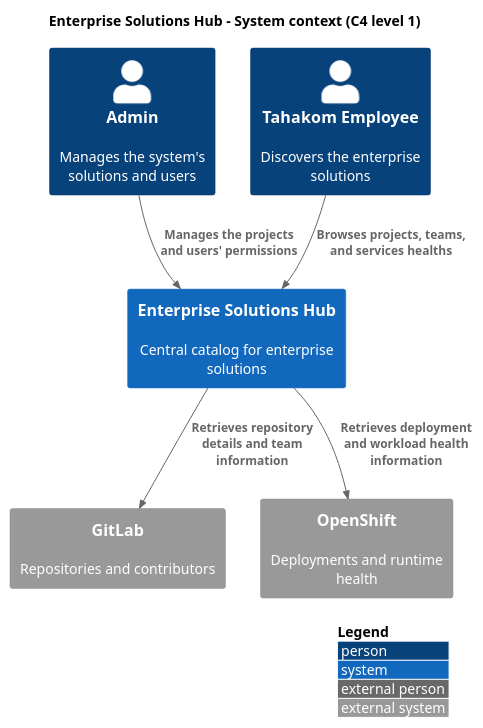
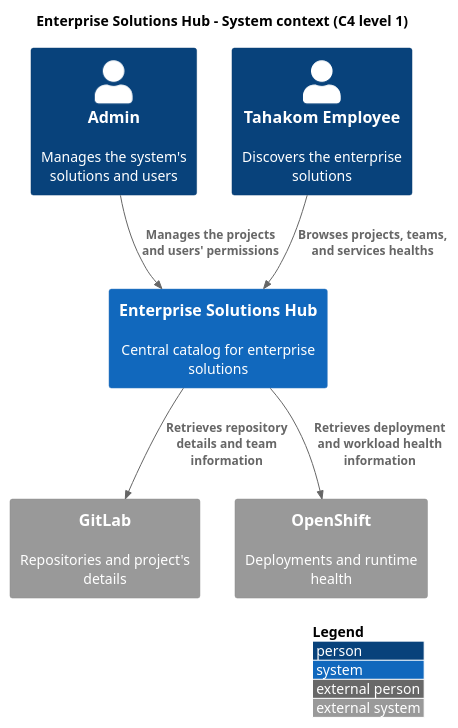
One commit to thisisAnoud/solutions-hub changed the diagram in docs/context.puml. Above: the diagram before and after it, drawn with PlantUML. The commit also changed 1 other file, not shown here.

Commit message:
Update GitLab system description in C4 context diagram.

```diff
--- a/docs/context.puml
+++ b/docs/context.puml
@@ -2,23 +2,23 @@
 @startuml context
 
 
 !include <C4/C4_Context>
 
 title Enterprise Solutions Hub - System context (C4 level 1)
 
 LAYOUT_WITH_LEGEND()
 
 Person(admin, "Admin", "Manages the system's solutions and users")
 Person(employee, "Tahakom Employee", "Discovers the enterprise solutions")
 
 System(solutions_hub, "Enterprise Solutions Hub", "Central catalog for enterprise solutions")
 
-System_Ext(gitLab, "GitLab", "Repositories and contributors")
+System_Ext(gitLab, "GitLab", "Repositories and project's details")
 System_Ext(openShift, "OpenShift", "Deployments and runtime health")
 
 Rel(admin, solutions_hub, "Manages the projects and users' permissions")
 Rel(employee, solutions_hub, "Browses projects, teams, and services healths")
 Rel(solutions_hub, gitLab, "Retrieves repository details and team information")
 Rel(solutions_hub, openShift, "Retrieves deployment and workload health information")
 
 @enduml
```
